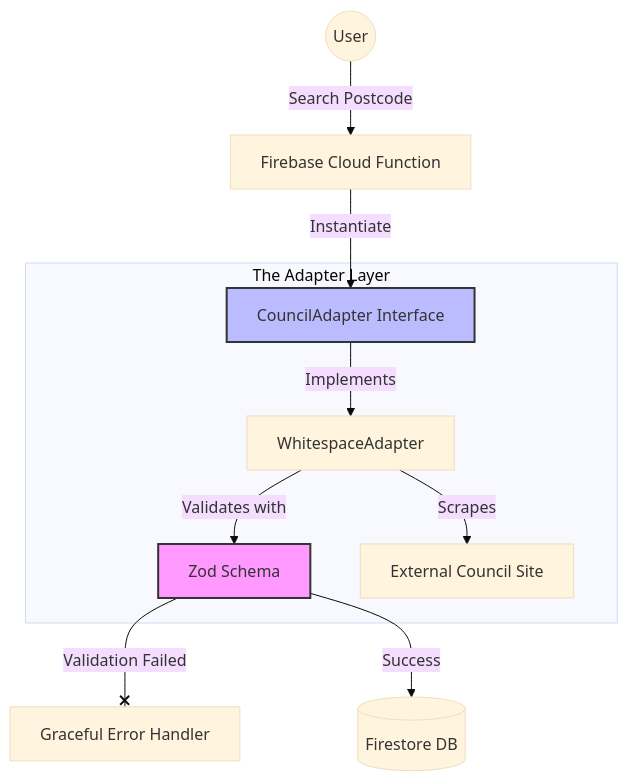
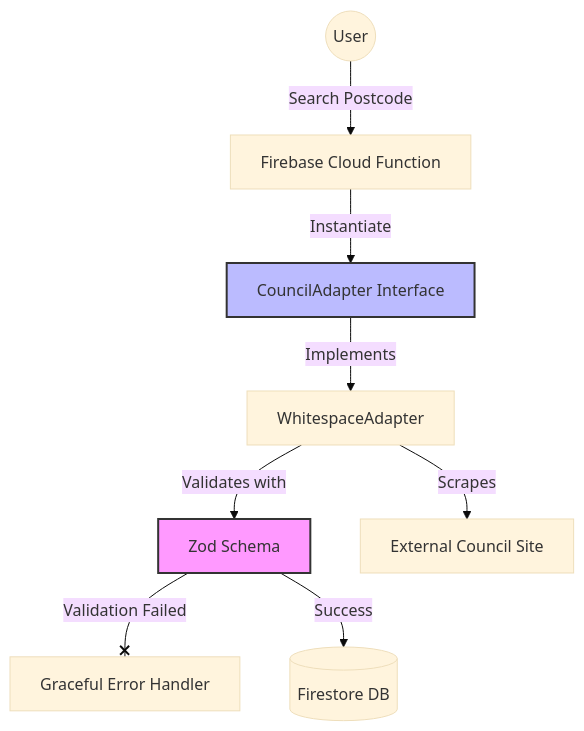
One commit to Dancull/Bin-Assistant-Architecture-Tool changed the diagram in README.md. Above: the diagram before and after it, drawn with Mermaid (base theme).

Commit message:
Update README.md diagram by removing subgraph
Removed the subgraph for the Adapter Layer in the diagram.

````diff
--- a/README.md
+++ b/README.md
@@ -34,17 +34,15 @@
 ```mermaid
 graph TD
     User((User)) -->|Search Postcode| API[Firebase Cloud Function]
     API -->|Instantiate| Adapter[CouncilAdapter Interface]
     
-    subgraph "The Adapter Layer"
-        Adapter -->|Implements| WS[WhitespaceAdapter]
-        WS -->|Validates with| Zod[Zod Schema]
-        WS -->|Scrapes| Ext[External Council Site]
-    end
+    Adapter -->|Implements| WS[WhitespaceAdapter]
+    WS -->|Validates with| Zod[Zod Schema]
+    WS -->|Scrapes| Ext[External Council Site]
     
     Zod --x|Validation Failed| Error[Graceful Error Handler]
     Zod -->|Success| Firestore[(Firestore DB)]
     
     style Zod fill:#f9f,stroke:#333,stroke-width:2px
     style Adapter fill:#bbf,stroke:#333,stroke-width:2px
 ```
````
